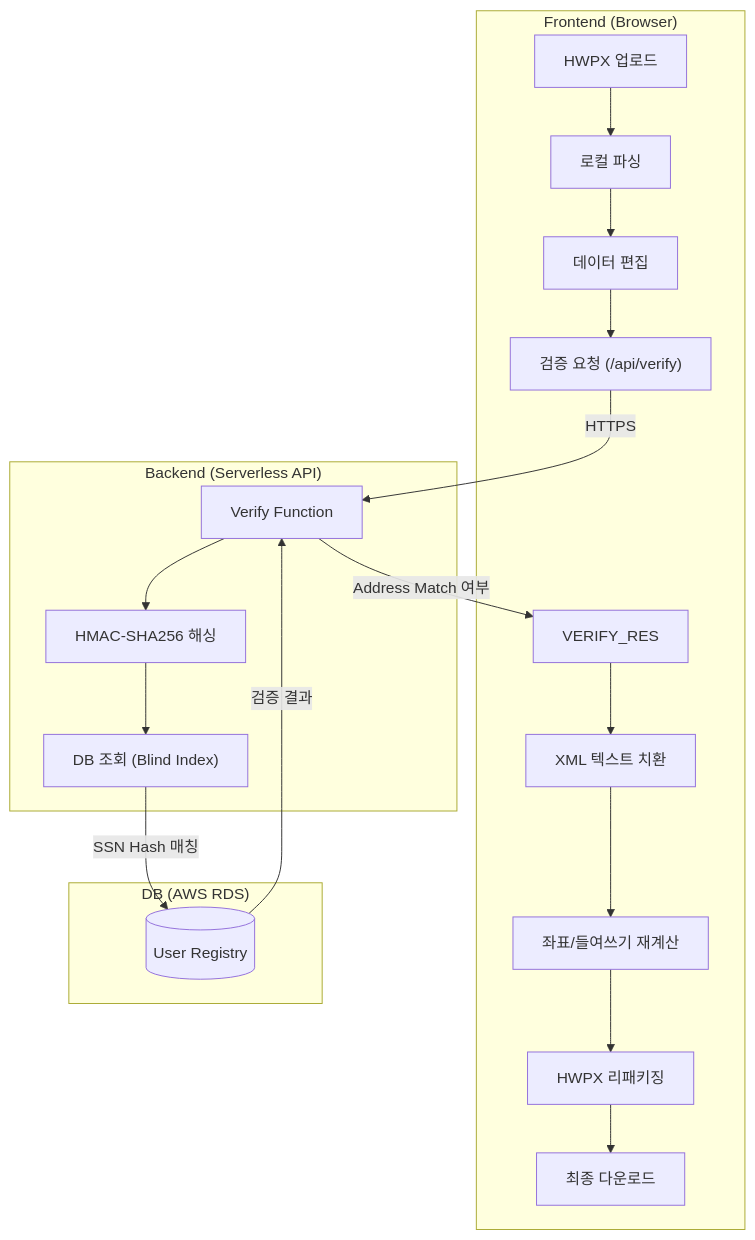
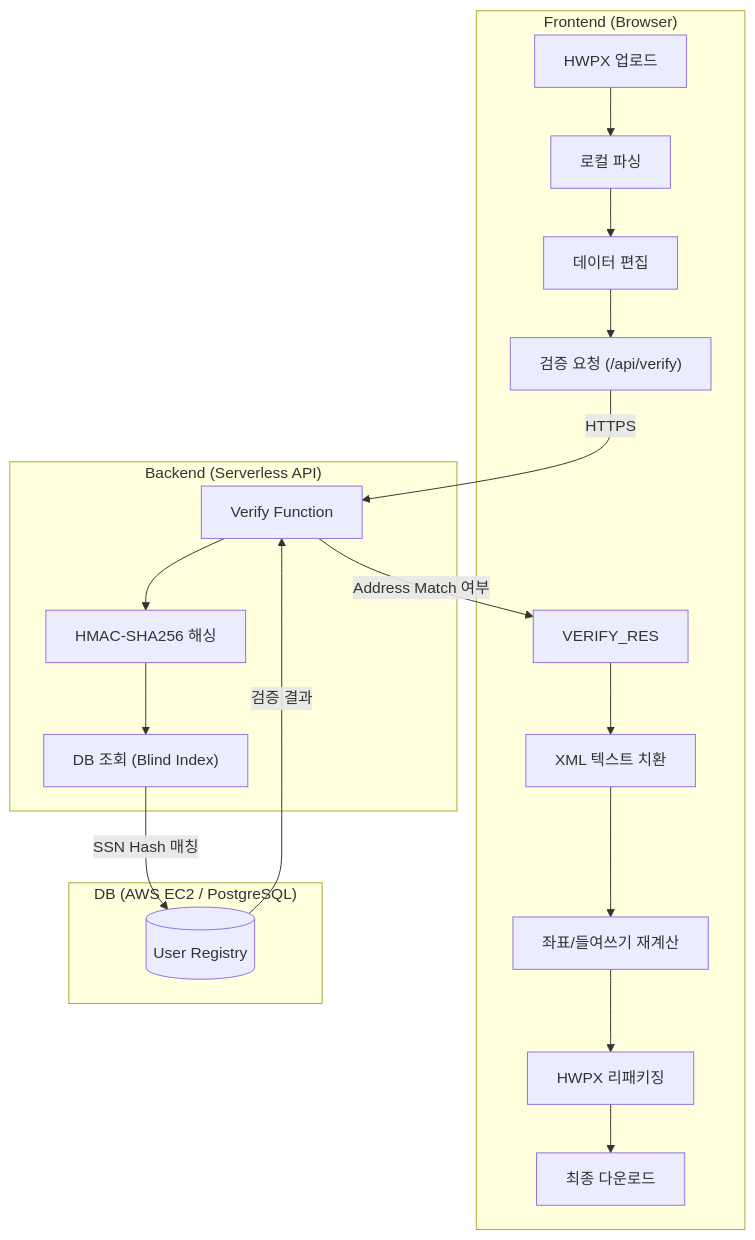
One commit to jpjp92/hwpx-back changed the diagram in README.md. Above: the diagram before and after it, drawn with Mermaid. The commit also changed other lines of this file, not shown here.

````diff
--- a/README.md
+++ b/README.md
@@ -25,25 +27,25 @@
 ```mermaid
 flowchart TD
     subgraph Frontend ["Frontend (Browser)"]
         U[HWPX 업로드] --> PARSE[로컬 파싱]
         PARSE --> EDIT[데이터 편집]
         EDIT --> VERIFY_REQ["검증 요청 (/api/verify)"]
         VERIFY_RES --> REPLACE[XML 텍스트 치환]
         REPLACE --> LAYOUT[좌표/들여쓰기 재계산]
         LAYOUT --> REPACK[HWPX 리패키징]
         REPACK --> DL[최종 다운로드]
     end
 
     subgraph Backend ["Backend (Serverless API)"]
         VERIFY_REQ -- "HTTPS" --> API[Verify Function]
         API --> HASH[HMAC-SHA256 해싱]
         HASH --> QUERY["DB 조회 (Blind Index)"]
     end
 
-    subgraph Database ["DB (AWS RDS)"]
+    subgraph Database ["DB (AWS EC2 / PostgreSQL)"]
         QUERY -- "SSN Hash 매칭" --> DB[("User Registry")]
         DB -- "검증 결과" --> API
     end
 
     API -- "Address Match 여부" --> VERIFY_RES
 ```
````
